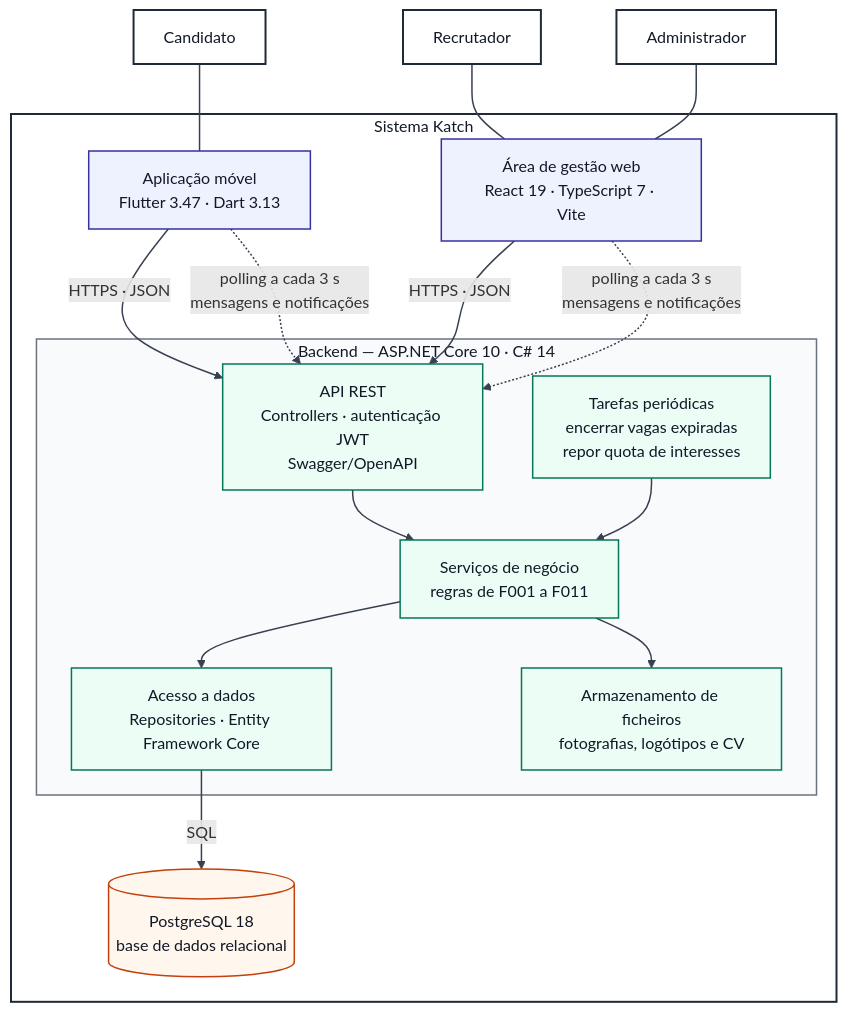
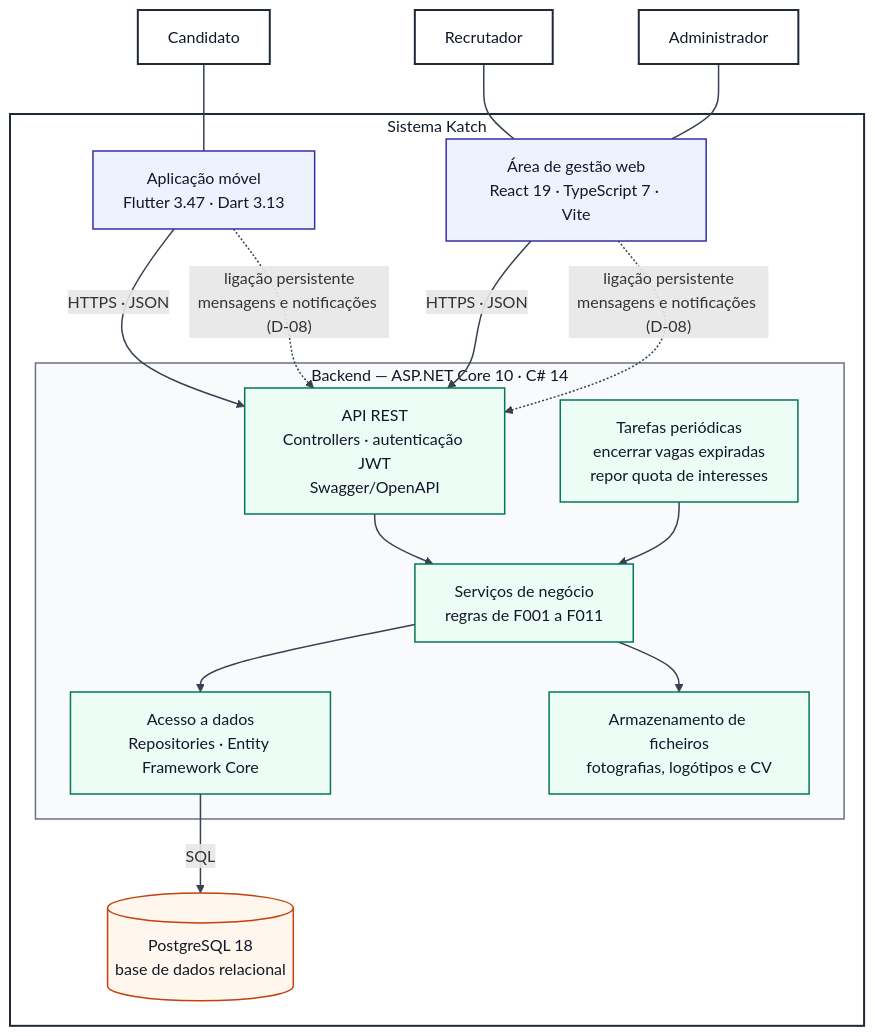
Before and after one commit to katch-lds/katch-docs: the first of 2 diagrams in 04-artefactos-tecnicos/04.05-arquitetura/m2-documentacao-arquitetura-v01.md, drawn with Mermaid. The commit also changed other lines of this file, not shown here.

````diff
--- a/04-artefactos-tecnicos/04.05-arquitetura/m2-documentacao-arquitetura-v01.md
+++ b/04-artefactos-tecnicos/04.05-arquitetura/m2-documentacao-arquitetura-v01.md
@@ -54,48 +54,48 @@
 ```mermaid
 flowchart TB
     Cand["Candidato"]
     Rec["Recrutador"]
     Adm["Administrador"]
 
     subgraph Katch["Sistema Katch"]
         Mobile["Aplicação móvel<br/>Flutter 3.47 · Dart 3.13"]
         Web["Área de gestão web<br/>React 19 · TypeScript 7 · Vite"]
 
         subgraph Backend["Backend — ASP.NET Core 10 · C# 14"]
             API["API REST<br/>Controllers · autenticação JWT<br/>Swagger/OpenAPI"]
             Serv["Serviços de negócio<br/>regras de F001 a F011"]
             Jobs["Tarefas periódicas<br/>encerrar vagas expiradas<br/>repor quota de interesses"]
             Rep["Acesso a dados<br/>Repositories · Entity Framework Core"]
             FS["Armazenamento de ficheiros<br/>fotografias, logótipos e CV"]
         end
 
         DB[("PostgreSQL 18<br/>base de dados relacional")]
     end
 
     Cand --- Mobile
     Rec --- Web
     Adm --- Web
 
     Mobile -->|"HTTPS · JSON"| API
     Web -->|"HTTPS · JSON"| API
-    Mobile -.->|"polling a cada 3 s<br/>mensagens e notificações"| API
-    Web -.->|"polling a cada 3 s<br/>mensagens e notificações"| API
+    Mobile -.->|"ligação persistente<br/>mensagens e notificações (D-08)"| API
+    Web -.->|"ligação persistente<br/>mensagens e notificações (D-08)"| API
 
     API --> Serv
     Jobs --> Serv
     Serv --> Rep
     Serv --> FS
     Rep -->|"SQL"| DB
 
     classDef ator fill:#ffffff,stroke:#1f2937,stroke-width:2px,color:#111827
     classDef cliente fill:#eef2ff,stroke:#3730a3,stroke-width:1.5px,color:#111827
     classDef servidor fill:#ecfdf5,stroke:#047857,stroke-width:1.5px,color:#111827
     classDef dados fill:#fff7ed,stroke:#c2410c,stroke-width:1.5px,color:#111827
     class Cand,Rec,Adm ator
     class Mobile,Web cliente
     class API,Serv,Jobs,Rep,FS servidor
     class DB dados
     style Katch fill:#ffffff,stroke:#1f2937,stroke-width:2px,color:#111827
     style Backend fill:#f9fafb,stroke:#6b7280,stroke-width:1.5px,color:#111827
     linkStyle default stroke:#374151,stroke-width:1.5px
 ```
````
